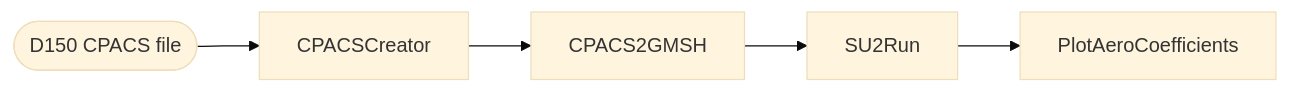
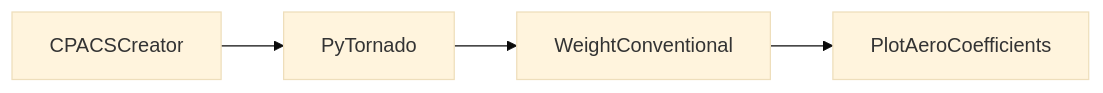
The diagram in test_cases/test_case_2/README.md (cfsengineering/CEASIOMpy), drawn with Mermaid (base theme) before and after one commit. The commit also changed other lines of this file and 4 other files, not shown here.

````diff
--- a/test_cases/test_case_2/README.md
+++ b/test_cases/test_case_2/README.md
@@ -37,7 +30,6 @@
 ```mermaid
   graph LR;
-      D150([D150 CPACS file])-->CPACSCreator;
-      CPACSCreator-->CPACS2GMSH;
-      CPACS2GMSH-->SU2Run;
-      SU2Run-->PlotAeroCoefficients;
+      CPACSCreator-->PyTornado;
+      PyTornado-->WeightConventional;
+      WeightConventional-->PlotAeroCoefficients;
 ```
````
